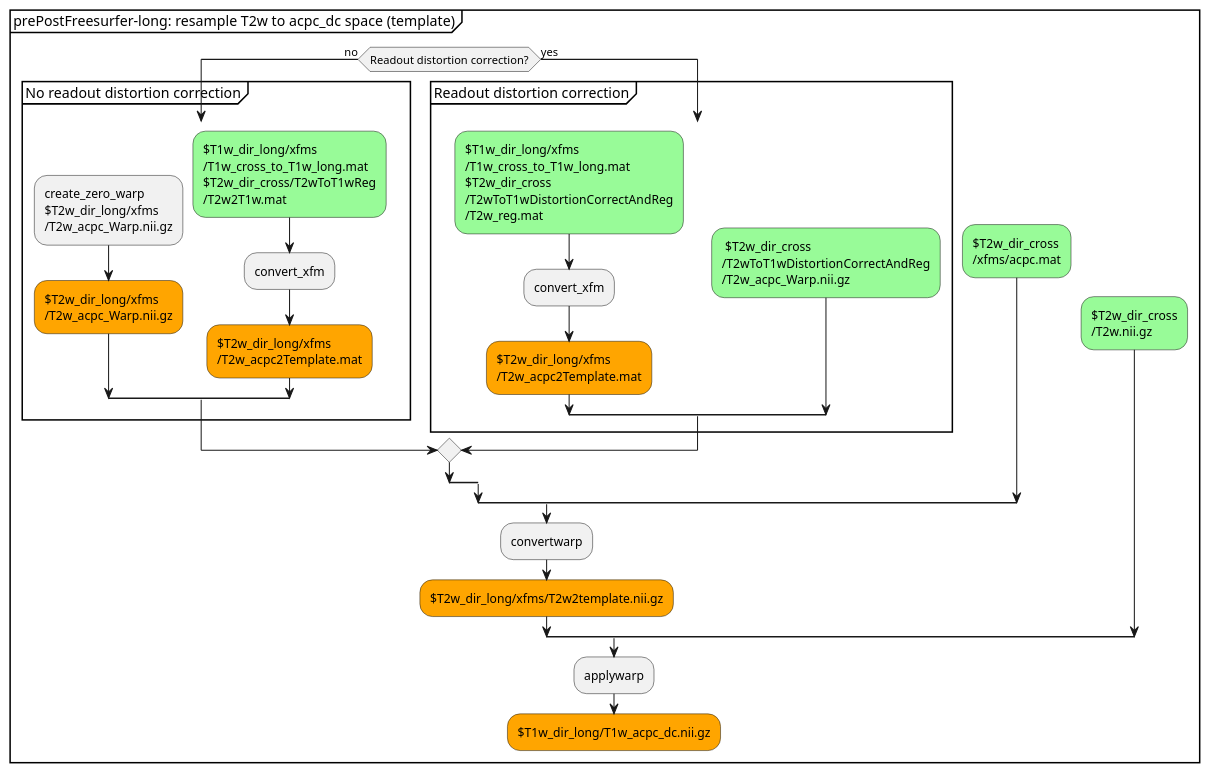
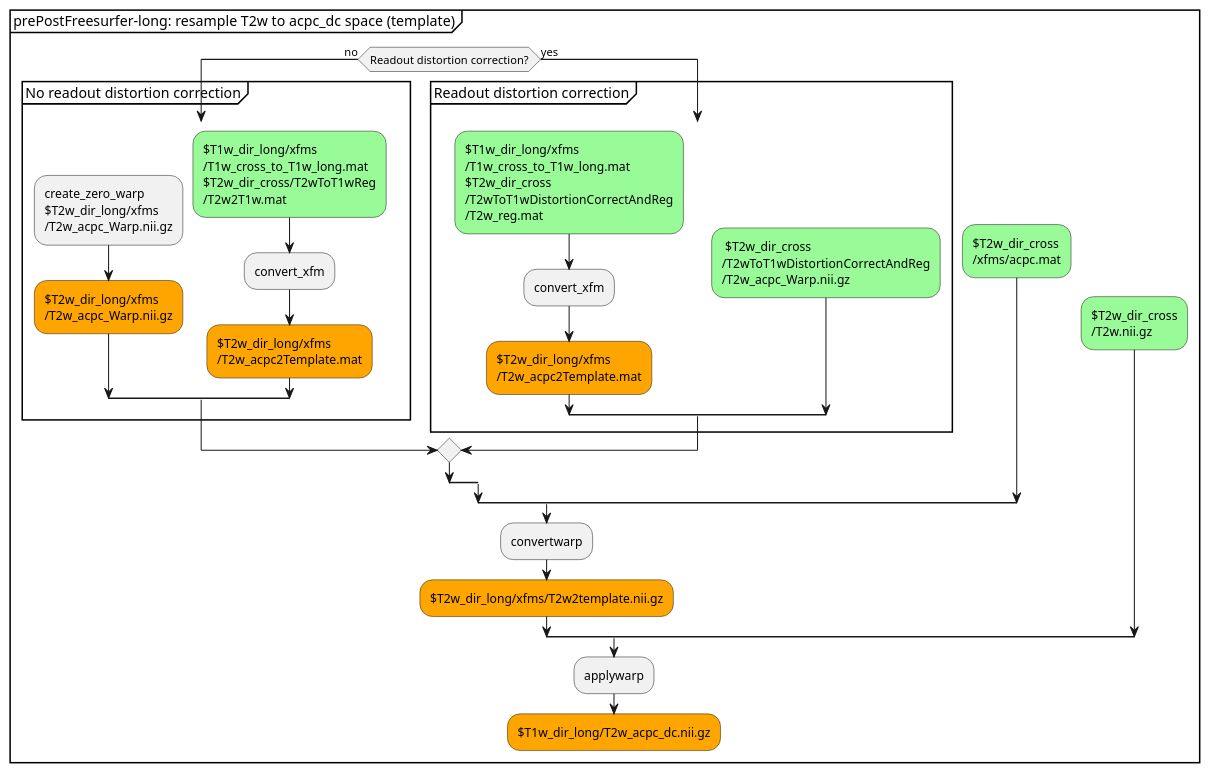
The diagram in docs/diagrams/src/PrePostFreesurferPipeline-long.T2w2acpc_dc_template.puml (Washington-University/HCPpipelines), drawn with PlantUML before and after one commit. The commit also changed 3 other files, not shown here.

```diff
--- a/docs/diagrams/src/PrePostFreesurferPipeline-long.T2w2acpc_dc_template.puml
+++ b/docs/diagrams/src/PrePostFreesurferPipeline-long.T2w2acpc_dc_template.puml
@@ -1,67 +1,67 @@
 @startuml
 group prePostFreesurfer-long: resample T2w to acpc_dc space (template)
 split
     -[hidden]->
     split
         -[hidden]->
         split
             -[hidden]->
             if (Readout distortion correction?) then (no)
             
                 group No readout distortion correction
                     split    
                         -[hidden]->
                         :create_zero_warp 
                         $T2w_dir_long/xfms
                         /T2w_acpc_Warp.nii.gz;
                         #orange:$T2w_dir_long/xfms
                         /T2w_acpc_Warp.nii.gz;
                     split again
                         -[hidden]->
                         #palegreen:$T1w_dir_long/xfms
                         /T1w_cross_to_T1w_long.mat
                         $T2w_dir_cross/T2wToT1wReg
                         /T2w2T1w.mat;
                         :convert_xfm;
                         #orange:$T2w_dir_long/xfms
                         /T2w_acpc2Template.mat;
                     end split
                 end group
             else (yes)
                 group Readout distortion correction
                    split
                    -[hidden]->
                     #palegreen:$T1w_dir_long/xfms
                     /T1w_cross_to_T1w_long.mat
                     $T2w_dir_cross
                     /T2wToT1wDistortionCorrectAndReg
                     /T2w_reg.mat;
                     :convert_xfm;
                     #orange:$T2w_dir_long/xfms
                     /T2w_acpc2Template.mat;   
                     split again
                     -[hidden]->
                     #palegreen: $T2w_dir_cross 
                     /T2wToT1wDistortionCorrectAndReg
                     /T2w_acpc_Warp.nii.gz;
                     end split
                 end group
             endif
         end split        
     split again
         -[hidden]->
         #palegreen:$T2w_dir_cross
         /xfms/acpc.mat;
     end split
     :convertwarp;
     #orange:$T2w_dir_long/xfms/T2w2template.nii.gz;
     split again
         -[hidden]->
         #palegreen:$T2w_dir_cross
         /T2w.nii.gz;
     end split
     :applywarp;
-    #orange:$T1w_dir_long/T1w_acpc_dc.nii.gz;
+    #orange:$T1w_dir_long/T2w_acpc_dc.nii.gz;
 end group
 
 @enduml
```
